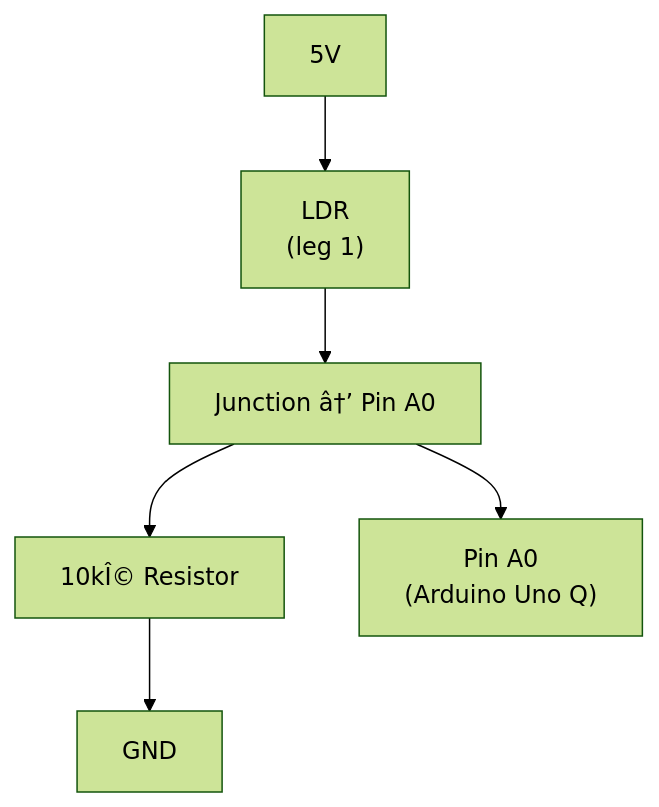
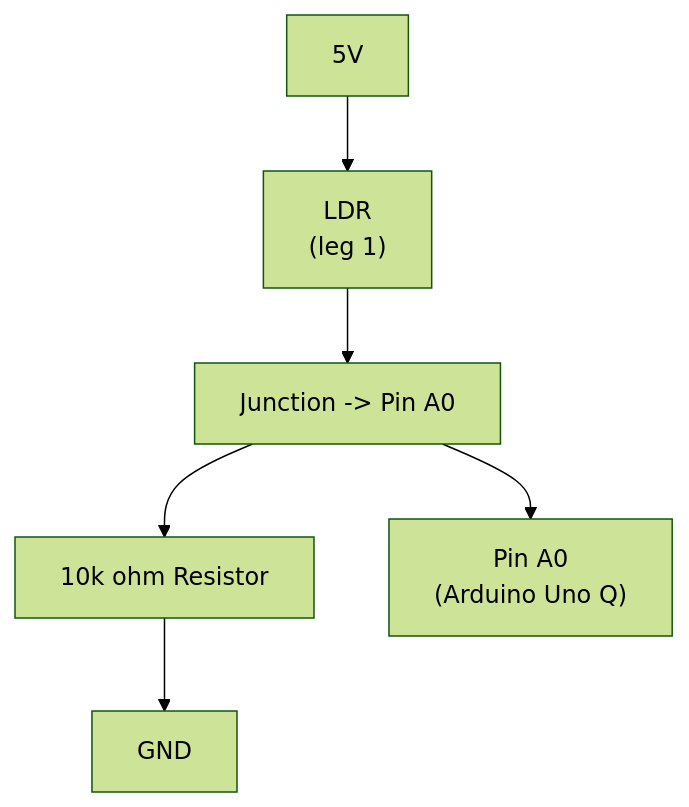
The diagram in content/lab-manuals/day-02/light-sensor-circuit.md (SeaCadets-Midwest-STEM/er-in-2601-student), drawn with Mermaid (forest theme) before and after one commit. The commit also changed other lines of this file and 14 other files, not shown here.

````diff
--- a/content/lab-manuals/day-02/light-sensor-circuit.md
+++ b/content/lab-manuals/day-02/light-sensor-circuit.md
@@ -47,8 +47,8 @@
 ```mermaid
 flowchart TD
     VCC["5V"] --> LDR["LDR<br/>(leg 1)"]
-    LDR --> MIDDLE["Junction â†’ Pin A0"]
-    MIDDLE --> R10["10kÎ© Resistor"]
+    LDR --> MIDDLE["Junction -> Pin A0"]
+    MIDDLE --> R10["10k ohm Resistor"]
     R10 --> GND1["GND"]
     MIDDLE --> A0["Pin A0<br/>(Arduino Uno Q)"]
 ```
````
